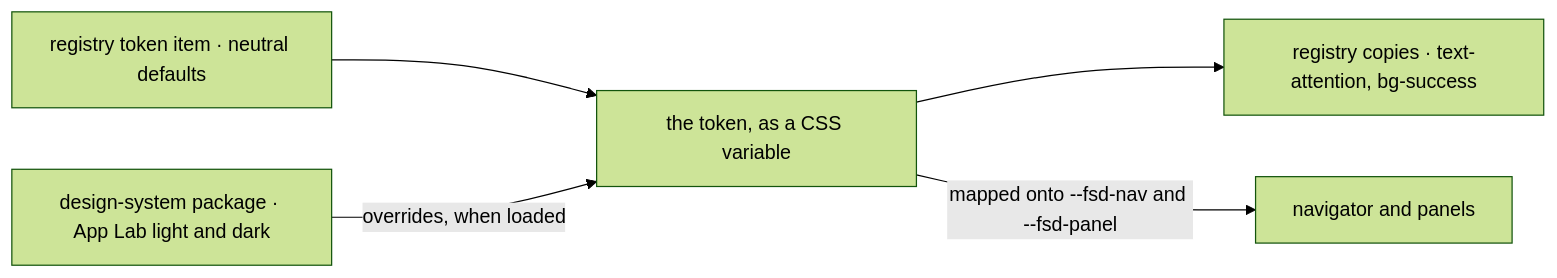
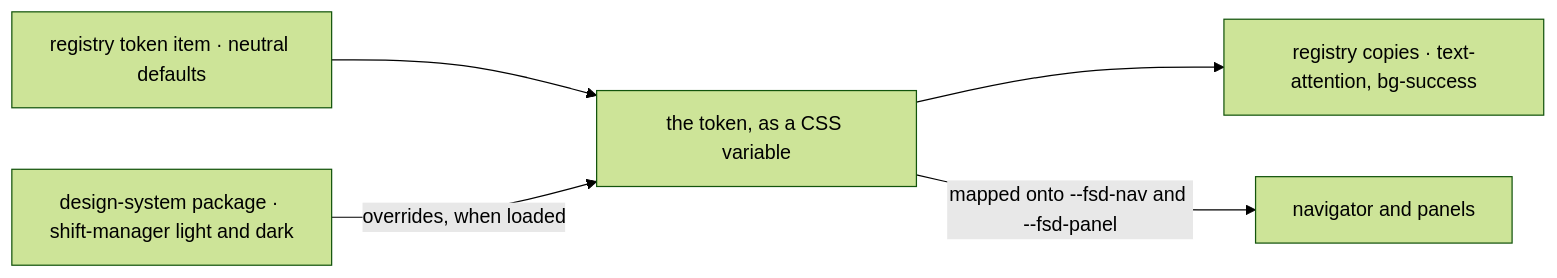
One commit to fixpoint-labs/flow-state-dev changed the second of 2 diagrams in specs/issues/FIX-1655/SPEC.md. Above: the diagram before and after it, drawn with Mermaid (forest theme). The commit also changed other lines of this file and 383 other files, not shown here.

First line of the commit message:
refactor: rename app-lab to shift-manager (FIX-1706)

````diff
--- a/specs/issues/FIX-1655/SPEC.md
+++ b/specs/issues/FIX-1655/SPEC.md
@@ -81,7 +81,7 @@
 ```mermaid
 flowchart LR
   D["registry token item · neutral defaults"] --> V["the token, as a CSS variable"]
-  A["design-system package · App Lab light and dark"] -->|"overrides, when loaded"| V
+  A["design-system package · shift-manager light and dark"] -->|"overrides, when loaded"| V
   V --> R["registry copies · text-attention, bg-success"]
   V -->|"mapped onto --fsd-nav and --fsd-panel"| C["navigator and panels"]
 ```
````
